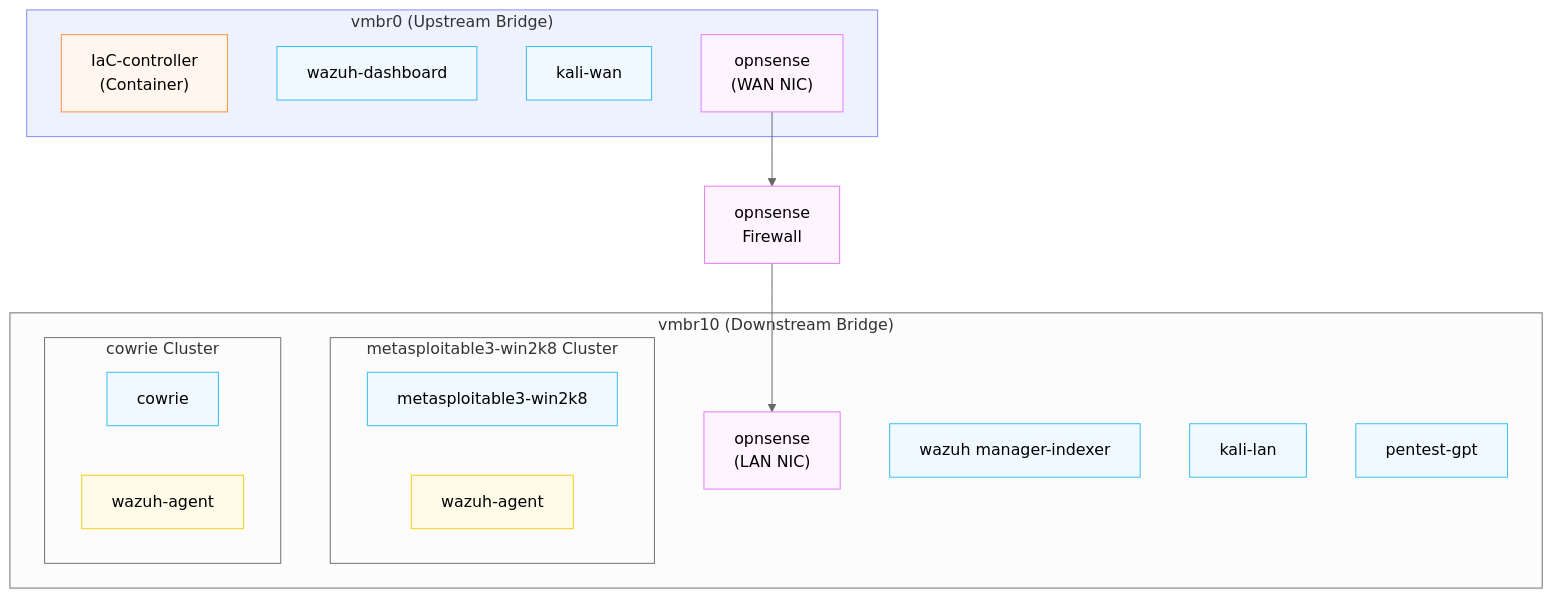
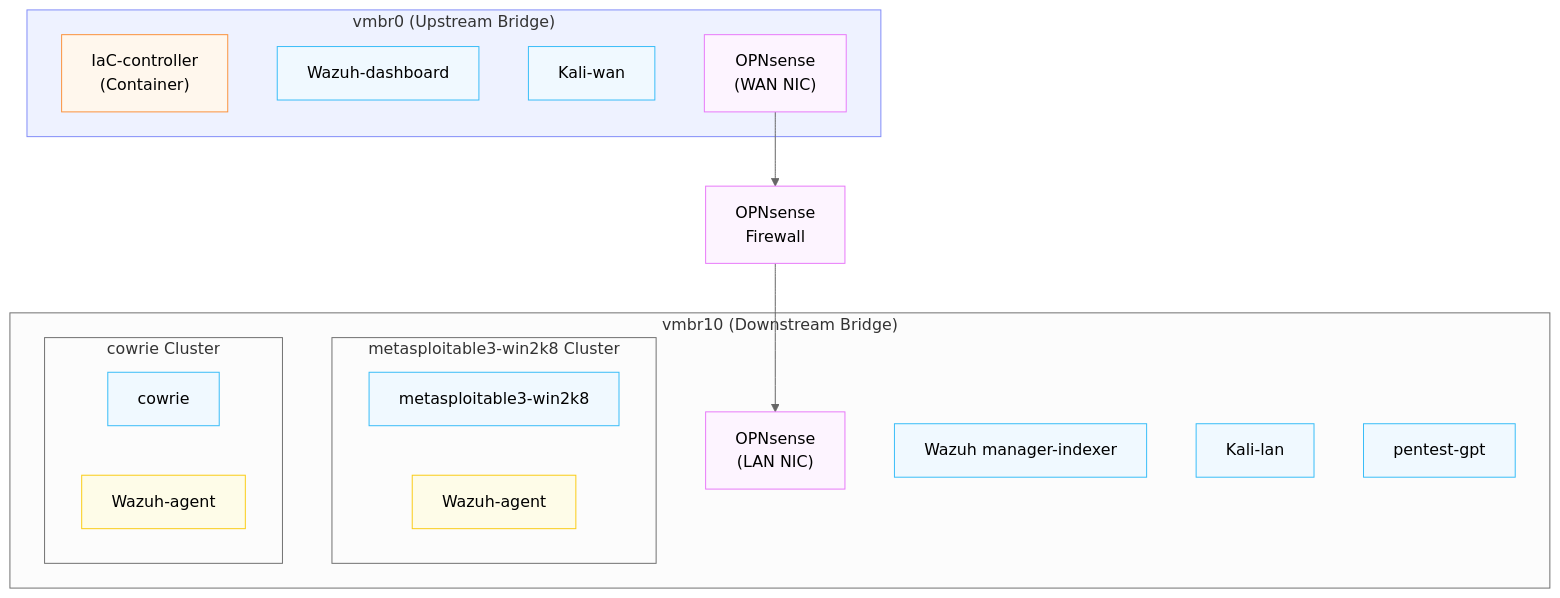
Before and after one commit to jwklein/V-SOC: the diagram in README.md, drawn with Mermaid (neutral theme). The commit also changed other lines of this file and 8 other files, not shown here.

````diff
--- a/README.md
+++ b/README.md
@@ -8,53 +8,53 @@
 ```mermaid
 ---
 config:
   layout: fixed
 ---
 flowchart TB
  subgraph vmbr0["vmbr0 (Upstream Bridge)"]
         IaCcontroller["IaC-controller<br>(Container)"]
-        wazuhdashboard["wazuh-dashboard"]
-        kaliwander["kali-wan"]
-        opnsenseupstream["opnsense<br>(WAN NIC)"]
+        Wazuhdashboard["Wazuh-dashboard"]
+        Kaliwander["Kali-wan"]
+        OPNsenseupstream["OPNsense<br>(WAN NIC)"]
   end
  subgraph metasploitable3_grp["metasploitable3-win2k8 Cluster"]
         metasploitable3win["metasploitable3-win2k8"]
-        wazuhagent1["wazuh-agent"]
+        Wazuhagent1["Wazuh-agent"]
   end
  subgraph cowrie_grp["cowrie Cluster"]
         cowrie["cowrie"]
-        wazuhagent2["wazuh-agent"]
+        Wazuhagent2["Wazuh-agent"]
   end
  subgraph vmbr10["vmbr10 (Downstream Bridge)"]
-        opnsensedownstream["opnsense<br>(LAN NIC)"]
-        wazuhmanager["wazuh manager-indexer"]
-        kaluran["kali-lan"]
+        OPNsensedownstream["OPNsense<br>(LAN NIC)"]
+        Wazuhmanager["Wazuh manager-indexer"]
+        kaluran["Kali-lan"]
         pentest["pentest-gpt"]
         metasploitable3_grp
         cowrie_grp
   end
-    opnsenseupstream --> n1["opnsense<br>Firewall"]
-    n1 --> opnsensedownstream
+    OPNsenseupstream --> n1["OPNsense<br>Firewall"]
+    n1 --> OPNsensedownstream
 
     n1@{ shape: rect}
      IaCcontroller:::container
-     wazuhdashboard:::host
-     kaliwander:::host
-     opnsenseupstream:::firewall
+     Wazuhdashboard:::host
+     Kaliwander:::host
+     OPNsenseupstream:::firewall
      metasploitable3win:::host
-     wazuhagent1:::agent
+     Wazuhagent1:::agent
      pentest:::host
      cowrie:::host
-     wazuhagent2:::agent
-     opnsensedownstream:::firewall
-     wazuhmanager:::host
+     Wazuhagent2:::agent
+     OPNsensedownstream:::firewall
+     Wazuhmanager:::host
      kaluran:::host
      n1:::firewall
      vmbr0:::upstream
     classDef upstream fill:#eef2ff,stroke:#818cf8
     classDef downstream fill:#f0fdfa,stroke:#2dd4bf
     classDef container fill:#fff7ed,stroke:#fb923c
     classDef firewall fill:#fdf4ff,stroke:#e879f9
     classDef host fill:#f0f9ff,stroke:#38bdf8
     classDef agent fill:#fefce8,stroke:#facc15
 ```
````
